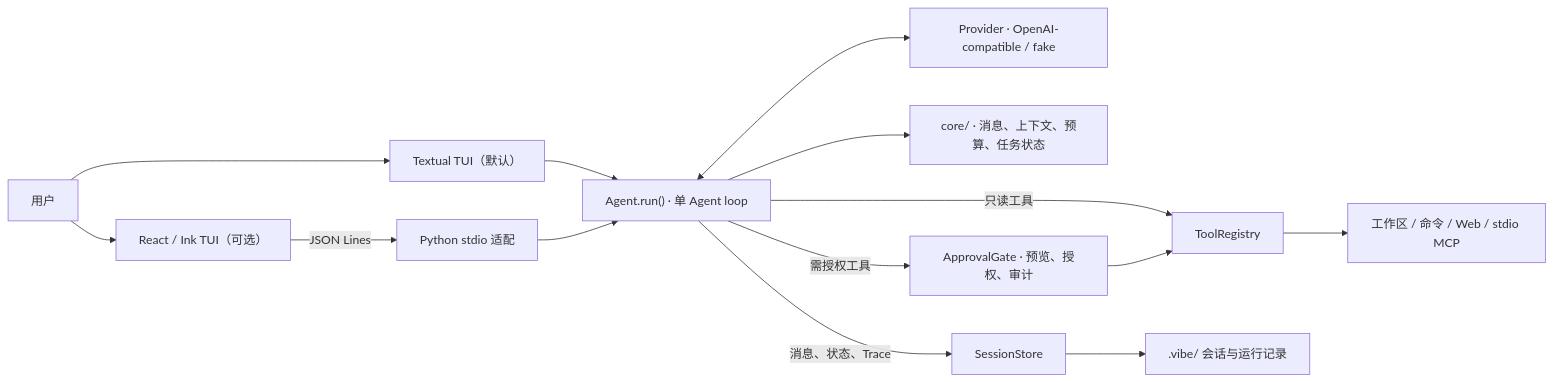
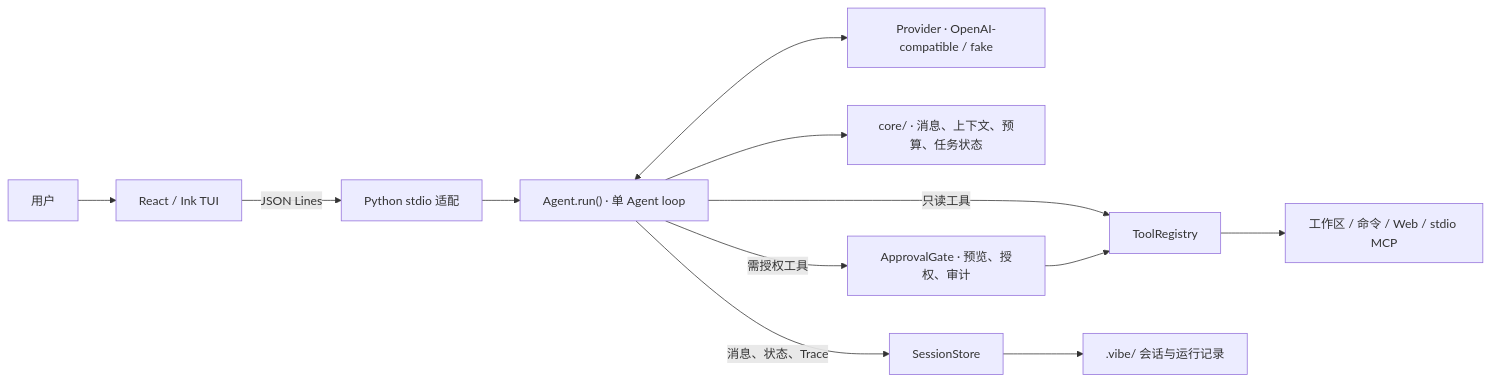
Before and after one commit to wj-spec/mini-harness: the diagram in README.md, drawn with Mermaid. The commit also changed other lines of this file and 27 other files, not shown here.

First line of the commit message:
refactor!: retire Textual UI; Ink is the only interface

````diff
--- a/README.md
+++ b/README.md
@@ -13,16 +13,14 @@
 ```mermaid
 flowchart LR
-    user["用户"] --> textual["Textual TUI（默认）"]
-    user --> ink["React / Ink TUI（可选）"]
+    user["用户"] --> ink["React / Ink TUI"]
     ink -- "JSON Lines" --> stdio["Python stdio 适配"]
-    textual --> agent["Agent.run() · 单 Agent loop"]
-    stdio --> agent
+    stdio --> agent["Agent.run() · 单 Agent loop"]
     agent <--> provider["Provider · OpenAI-compatible / fake"]
     agent --> core["core/ · 消息、上下文、预算、任务状态"]
     agent -- "只读工具" --> tools["ToolRegistry"]
     agent -- "需授权工具" --> gate["ApprovalGate · 预览、授权、审计"]
     gate --> tools
     tools --> world["工作区 / 命令 / Web / stdio MCP"]
     agent -- "消息、状态、Trace" --> session["SessionStore"]
     session --> local[".vibe/ 会话与运行记录"]
 ```
````
